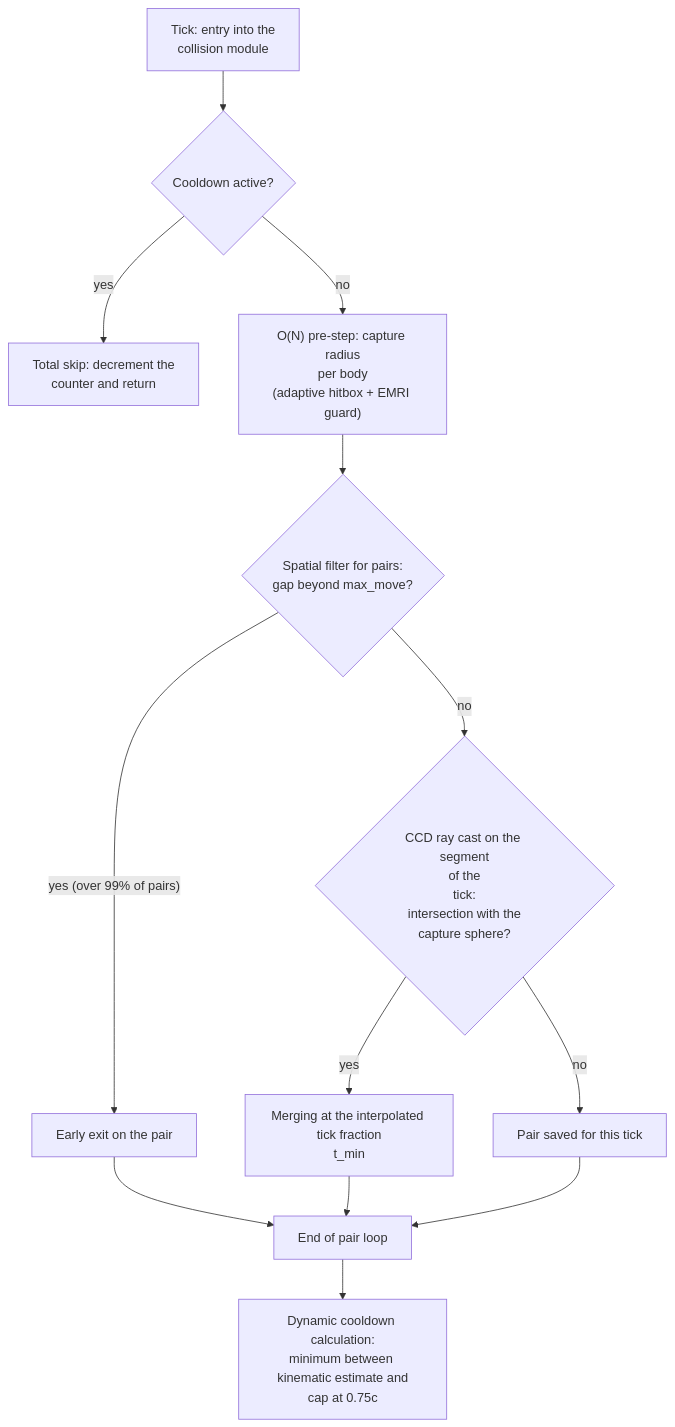
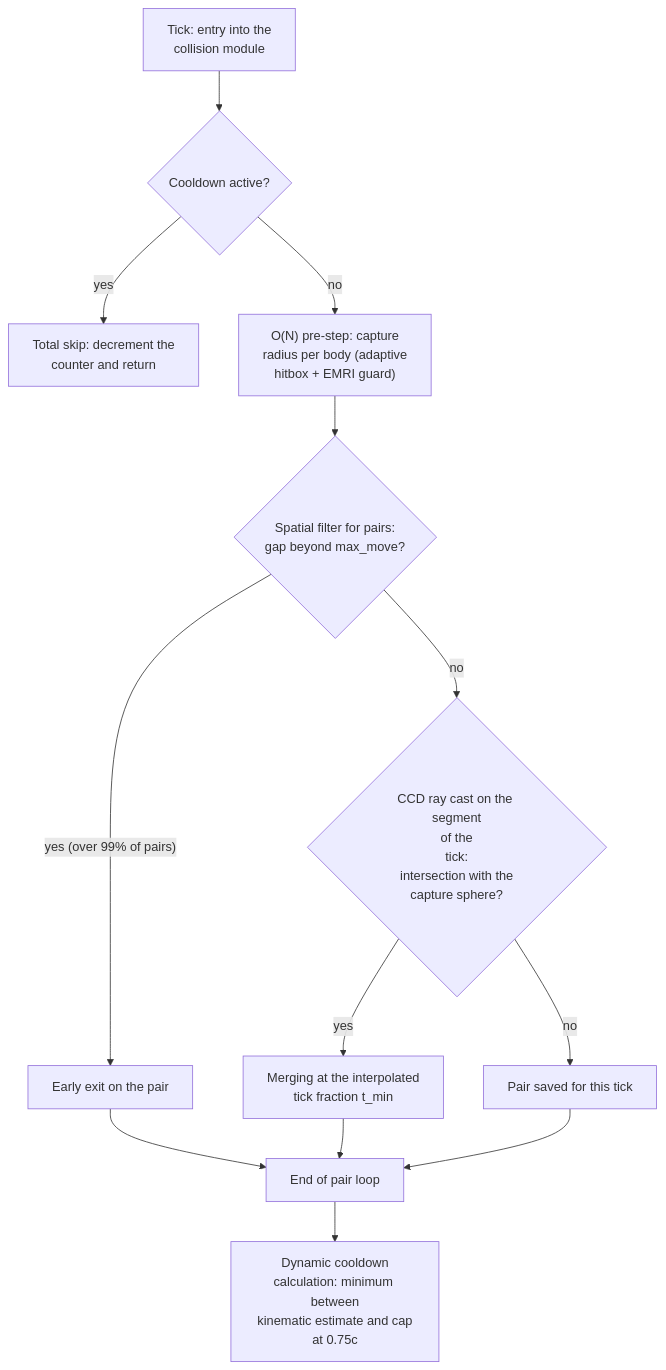
Before and after one commit to alessandro-pioli/AstroCausal_Engine: the eighth of 11 diagrams in ARCHITECTURE_DEEP_DIVE.md, drawn with Mermaid. The commit also changed other lines of this file and 2 other files, not shown here.

Commit message:
docs: leggibilita dei diagrammi e igiene del gitignore

````diff
--- a/ARCHITECTURE_DEEP_DIVE.md
+++ b/ARCHITECTURE_DEEP_DIVE.md
@@ -646,15 +646,15 @@
 ```mermaid
 flowchart TD
     A["Tick: entry into the <br/>collision module"] --> B{"Cooldown active?"}
     B -->|"yes"| Z["Total skip: decrement the <br/>counter and return"]
-    B -->|"no"| C["O(N) pre-step: capture radius<br/>per body<br/>(adaptive hitbox + EMRI guard)"]
+    B -->|"no"| C["O(N) pre-step: capture<br/>radius per body (adaptive<br/>hitbox + EMRI guard)"]
     C --> D{"Spatial filter for pairs:<br/>gap beyond max_move?"}
     D -->|"yes (over 99% of pairs)"| E["Early exit on the pair"]
     D -->|"no"| F{"CCD ray cast on the segment<br/>of the<br/>tick:<br/>intersection with the<br/>capture sphere?"}
-    F -->|"yes"| G["Merging at the interpolated tick fraction<br/>t_min"]
+    F -->|"yes"| G["Merging at the interpolated<br/>tick fraction t_min"]
     F -->|"no"| H["Pair saved for this tick"]
     E --> I["End of pair loop"]
     G --> I
     H --> I
-    I --> J["Dynamic cooldown calculation:<br/>minimum between kinematic estimate and<br/>cap at 0.75c"]
+    I --> J["Dynamic cooldown<br/>calculation: minimum between<br/>kinematic estimate and cap<br/>at 0.75c"]
 ```
````
